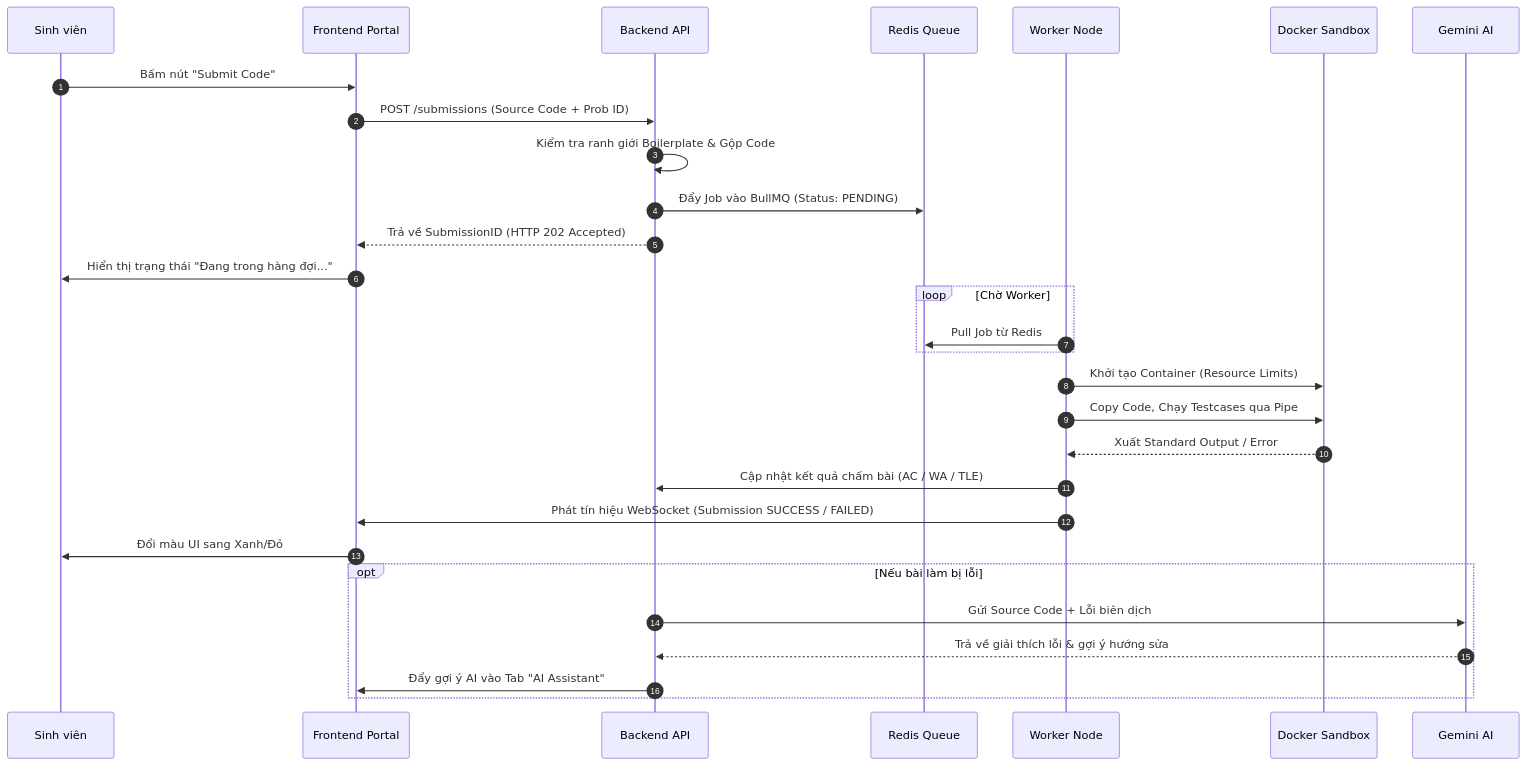
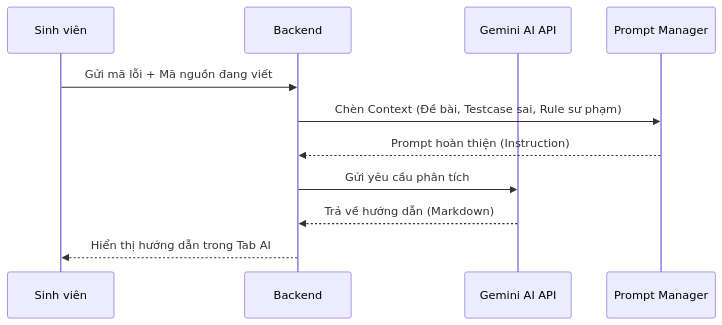
Before and after one commit to ARPHAM/codelearn-fe: the seventh of 7 diagrams in CodeLearn_BaoCao/03_Chapter_3_Design.md, drawn with Mermaid. The commit also changed other lines of this file and 7 other files, not shown here.

````diff
--- a/CodeLearn_BaoCao/03_Chapter_3_Design.md
+++ b/CodeLearn_BaoCao/03_Chapter_3_Design.md
@@ -271,35 +377,14 @@
 ```mermaid
 sequenceDiagram
-    autonumber
     participant S as Sinh viên
-    participant FE as Frontend Portal
-    participant API as Backend API
-    participant Q as Redis Queue
-    participant W as Worker Node
-    participant D as Docker Sandbox
-    participant AI as Gemini AI
+    participant API as Backend
+    participant Gemini as Gemini AI API
+    participant Prompt as Prompt Manager
 
-    S->>FE: Bấm nút "Submit Code"
-    FE->>API: POST /submissions (Source Code + Prob ID)
-    API->>API: Kiểm tra ranh giới Boilerplate & Gộp Code
-    API->>Q: Đẩy Job vào BullMQ (Status: PENDING)
-    API-->>FE: Trả về SubmissionID (HTTP 202 Accepted)
-    FE->>S: Hiển thị trạng thái "Đang trong hàng đợi..."
-
-    loop Chờ Worker
-        W->>Q: Pull Job từ Redis
-    end
-    
-    W->>D: Khởi tạo Container (Resource Limits)
-    W->>D: Copy Code, Chạy Testcases qua Pipe
-    D-->>W: Xuất Standard Output / Error
-    W->>API: Cập nhật kết quả chấm bài (AC / WA / TLE)
-    W->>FE: Phát tín hiệu WebSocket (Submission SUCCESS / FAILED)
-    FE->>S: Đổi màu UI sang Xanh/Đỏ
-
-    opt Nếu bài làm bị lỗi
-        API->>AI: Gửi Source Code + Lỗi biên dịch
-        AI-->>API: Trả về giải thích lỗi & gợi ý hướng sửa
-        API->>FE: Đẩy gợi ý AI vào Tab "AI Assistant"
-    end
+    S->>API: Gửi mã lỗi + Mã nguồn đang viết
+    API->>Prompt: Chèn Context (Đề bài, Testcase sai, Rule sư phạm)
+    Prompt-->>API: Prompt hoàn thiện (Instruction)
+    API->>Gemini: Gửi yêu cầu phân tích
+    Gemini-->>API: Trả về hướng dẫn (Markdown)
+    API-->>S: Hiển thị hướng dẫn trong Tab AI
 ```
````
